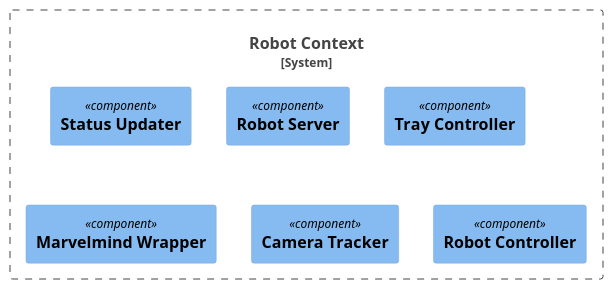
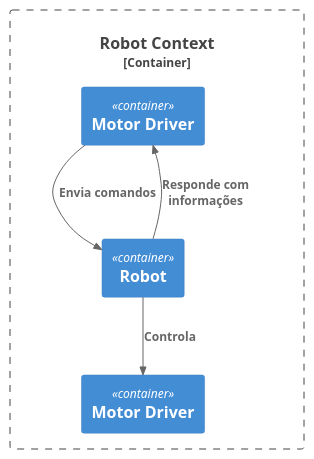
The diagram in container.puml (Populim/swarchitecure), drawn with PlantUML before and after one commit. The commit also changed 1 other file, not shown here.

Commit message:
fixed context diagram and created container diagram

```diff
--- a/container.puml
+++ b/container.puml
@@ -1,19 +1,21 @@
 @startuml C4_Elements
-!include https://raw.githubusercontent.com/plantuml-stdlib/C4-PlantUML/master/C4_Component.puml
+!include https://raw.githubusercontent.com/plantuml-stdlib/C4-PlantUML/master/C4_Container.puml
 
-System_Boundary(robot_context,"Robot Context"){
+Container_Boundary(robot_context,"Robot Context"){
     
-    Component(statusUpdater,"Status Updater")
-    Component(robotServer,"Robot Server")
-    Component(trayController,"Tray Controller")
-    Component(marvelmindWrapper,"Marvelmind Wrapper")
-    Component(cameraTracker,"Camera Tracker")
-    Component(robotController,"Robot Controller")
     
+    Container(master1,"Motor Driver")
+    Container(robot1,"Robot")
+    Container(motordriver1,"Motor Driver")
+
+
+    Rel(master1,robot1,"Envia comandos")
+    Rel(robot1,master1,"Responde com informações")
+    Rel(robot1,motordriver1,"Controla")
     
 }
 
 
 
 
 @enduml
```
